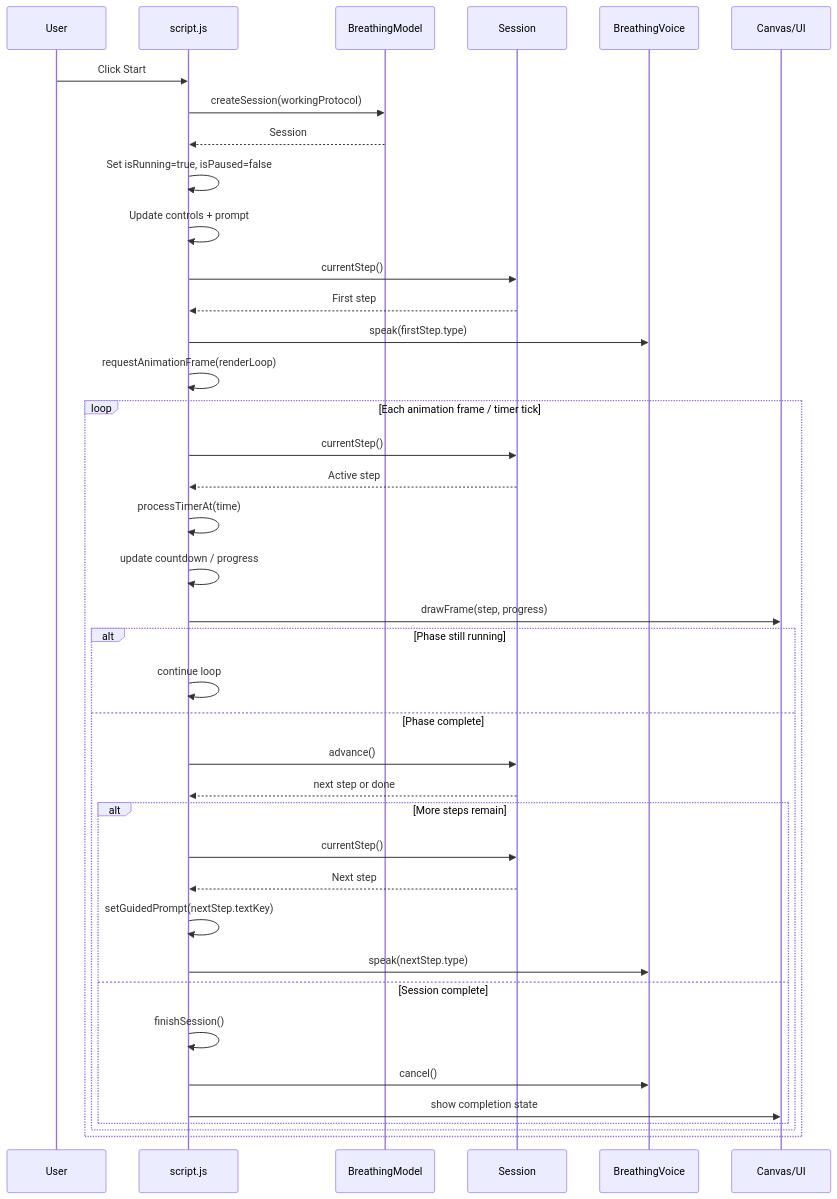
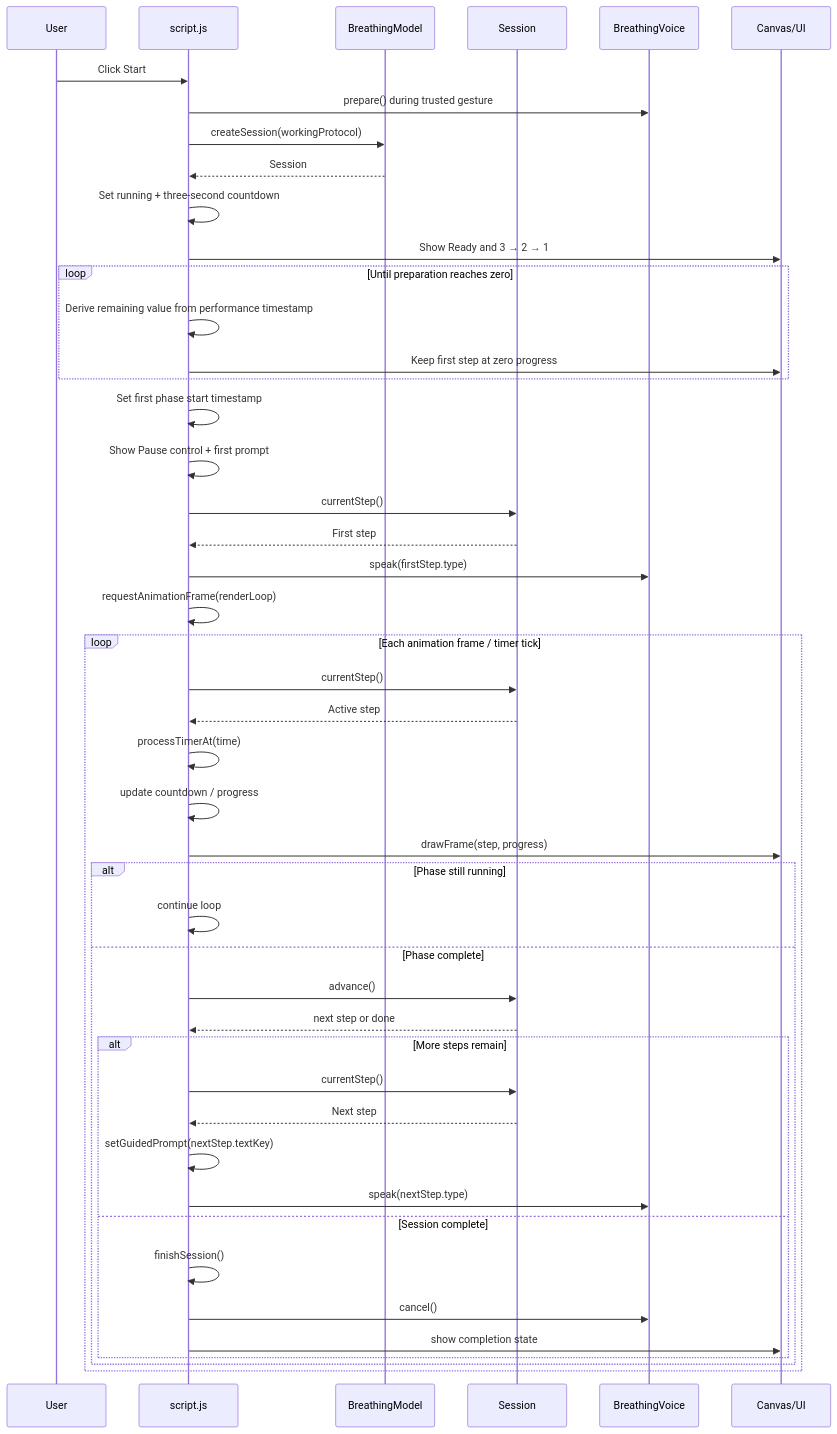
One commit to rolandjo/Breathing_App changed the fifth of 5 diagrams in docs/README.md. Above: the diagram before and after it, drawn with Mermaid. The commit also changed other lines of this file and 10 other files, not shown here.

````diff
--- a/docs/README.md
+++ b/docs/README.md
@@ -259,43 +270,50 @@
 ```mermaid
 sequenceDiagram
     participant U as User
     participant UI as script.js
     participant M as BreathingModel
     participant S as Session
     participant V as BreathingVoice
     participant C as Canvas/UI
 
     U->>UI: Click Start
+    UI->>V: prepare() during trusted gesture
     UI->>M: createSession(workingProtocol)
     M-->>UI: Session
-    UI->>UI: Set isRunning=true, isPaused=false
-    UI->>UI: Update controls + prompt
+    UI->>UI: Set running + three-second countdown
+    UI->>C: Show Ready and 3 → 2 → 1
+    loop Until preparation reaches zero
+        UI->>UI: Derive remaining value from performance timestamp
+        UI->>C: Keep first step at zero progress
+    end
+    UI->>UI: Set first phase start timestamp
+    UI->>UI: Show Pause control + first prompt
     UI->>S: currentStep()
     S-->>UI: First step
     UI->>V: speak(firstStep.type)
     UI->>UI: requestAnimationFrame(renderLoop)
 
     loop Each animation frame / timer tick
         UI->>S: currentStep()
         S-->>UI: Active step
         UI->>UI: processTimerAt(time)
         UI->>UI: update countdown / progress
         UI->>C: drawFrame(step, progress)
         alt Phase still running
             UI->>UI: continue loop
         else Phase complete
             UI->>S: advance()
             S-->>UI: next step or done
             alt More steps remain
                 UI->>S: currentStep()
                 S-->>UI: Next step
                 UI->>UI: setGuidedPrompt(nextStep.textKey)
                 UI->>V: speak(nextStep.type)
             else Session complete
                 UI->>UI: finishSession()
                 UI->>V: cancel()
                 UI->>C: show completion state
             end
         end
     end
 ```
````
